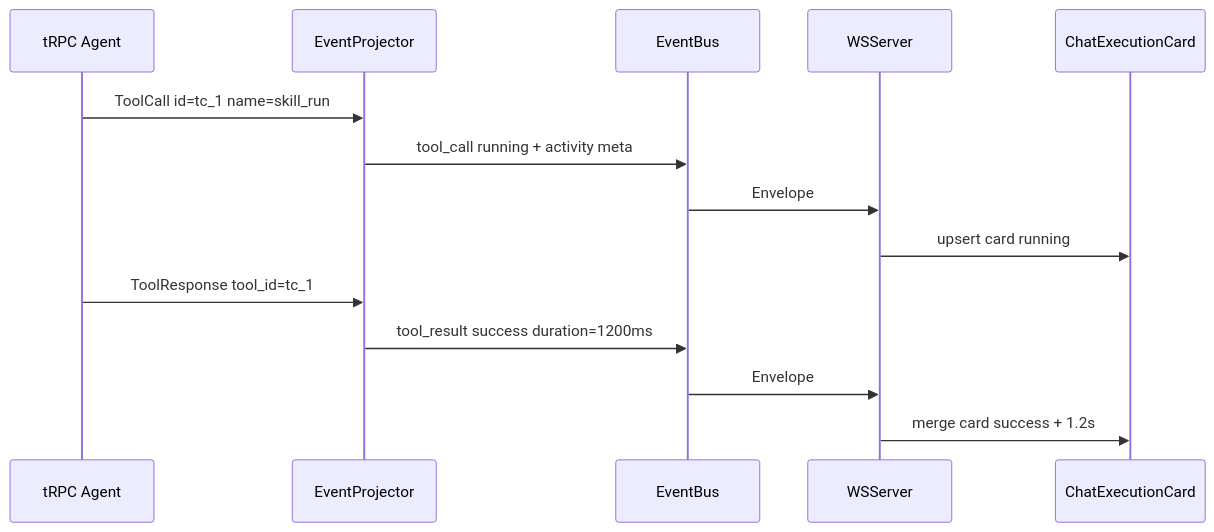
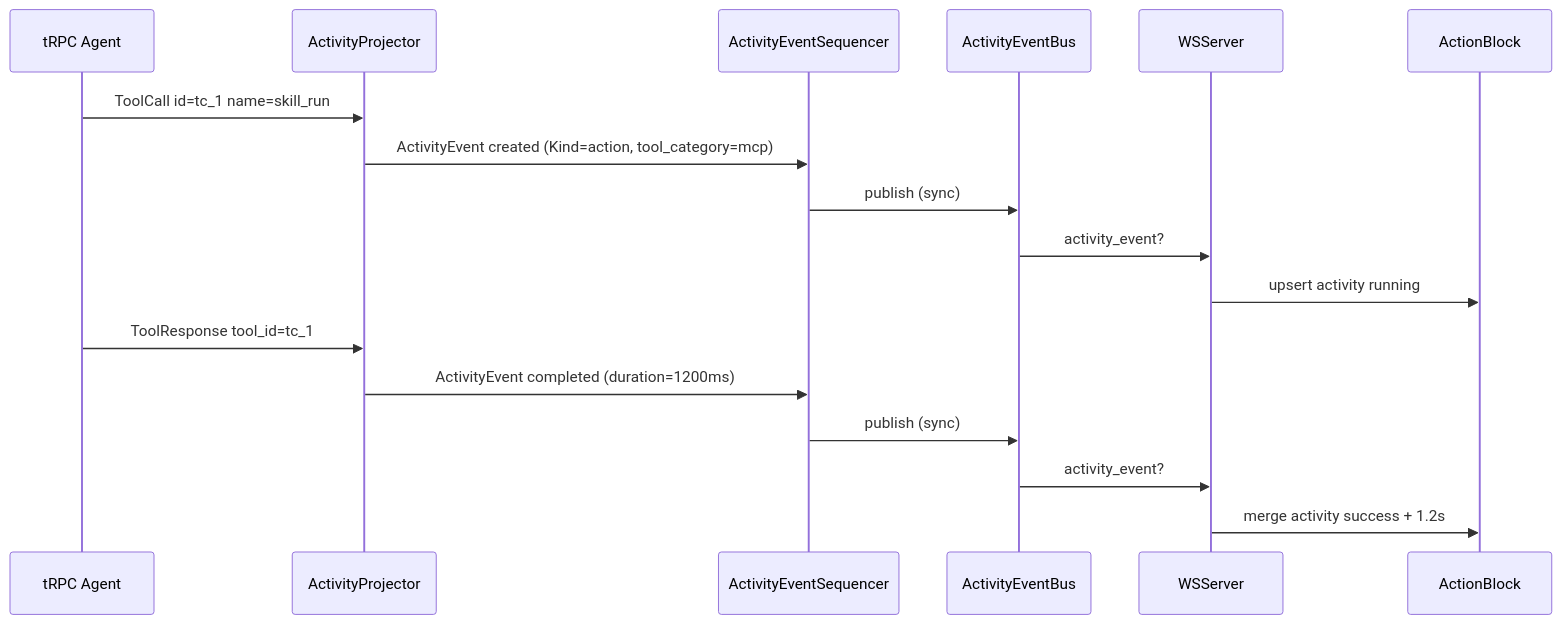
One commit to AmarsDing/aranea-agents changed the first of 2 diagrams in docs/development/1-chat.design.md. Above: the diagram before and after it, drawn with Mermaid. The commit also changed other lines of this file and 51 other files, not shown here.

````diff
--- a/docs/development/1-chat.design.md
+++ b/docs/development/1-chat.design.md
@@ -1853,18 +2463,21 @@
 ```mermaid
 sequenceDiagram
   participant LLM as tRPC Agent
-  participant Proj as EventProjector
-  participant Bus as EventBus
+  participant Proj as ActivityProjector
+  participant Seq as ActivityEventSequencer
+  participant Bus as ActivityEventBus
   participant WS as WSServer
-  participant UI as ChatExecutionCard
+  participant UI as ActionBlock
 
   LLM->>Proj: ToolCall id=tc_1 name=skill_run
-  Proj->>Bus: tool_call running + activity meta
-  Bus->>WS: Envelope
-  WS->>UI: upsert card running
+  Proj->>Seq: ActivityEvent created (Kind=action, tool_category=mcp)
+  Seq->>Bus: publish (sync)
+  Bus->>WS: activity_event?
+  WS->>UI: upsert activity running
 
   LLM->>Proj: ToolResponse tool_id=tc_1
-  Proj->>Bus: tool_result success duration=1200ms
-  Bus->>WS: Envelope
-  WS->>UI: merge card success + 1.2s
+  Proj->>Seq: ActivityEvent completed (duration=1200ms)
+  Seq->>Bus: publish (sync)
+  Bus->>WS: activity_event?
+  WS->>UI: merge activity success + 1.2s
 ```
````
